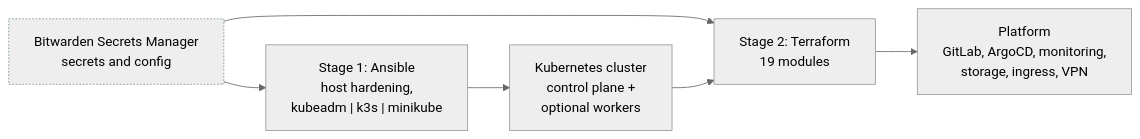
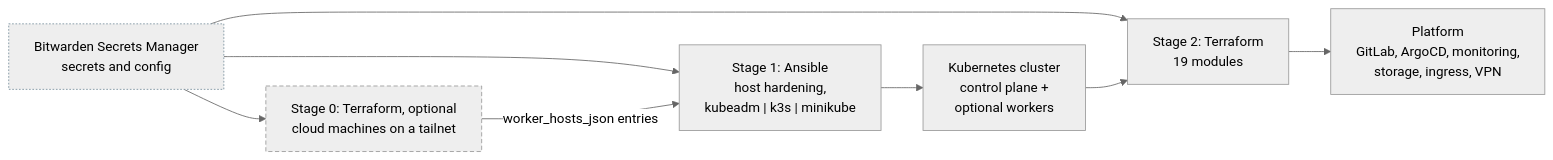
One commit to chrisleekr/homelab-infrastructure changed the diagram in docs/index.md. Above: the diagram before and after it, drawn with Mermaid (neutral theme). The commit also changed other lines of this file and 75 other files, not shown here.

````diff
--- a/docs/index.md
+++ b/docs/index.md
@@ -11,16 +11,20 @@
 ```mermaid
 flowchart LR
     bitwarden["Bitwarden Secrets Manager<br/>secrets and config"]:::aux
+    stage0["Stage 0: Terraform, optional<br/>cloud machines on a tailnet"]:::optional
     stage1["Stage 1: Ansible<br/>host hardening,<br/>kubeadm | k3s | minikube"]
     cluster["Kubernetes cluster<br/>control plane +<br/>optional workers"]
     stage2["Stage 2: Terraform<br/>19 modules"]
     platform["Platform<br/>GitLab, ArgoCD, monitoring,<br/>storage, ingress, VPN"]
 
+    bitwarden --> stage0
     bitwarden --> stage1
     bitwarden --> stage2
+    stage0 -->|"worker_hosts_json entries"| stage1
     stage1 --> cluster
     cluster --> stage2
     stage2 --> platform
 
     classDef aux stroke:#78909c,stroke-dasharray:2 2
+    classDef optional stroke-dasharray:5 3
 ```
````
